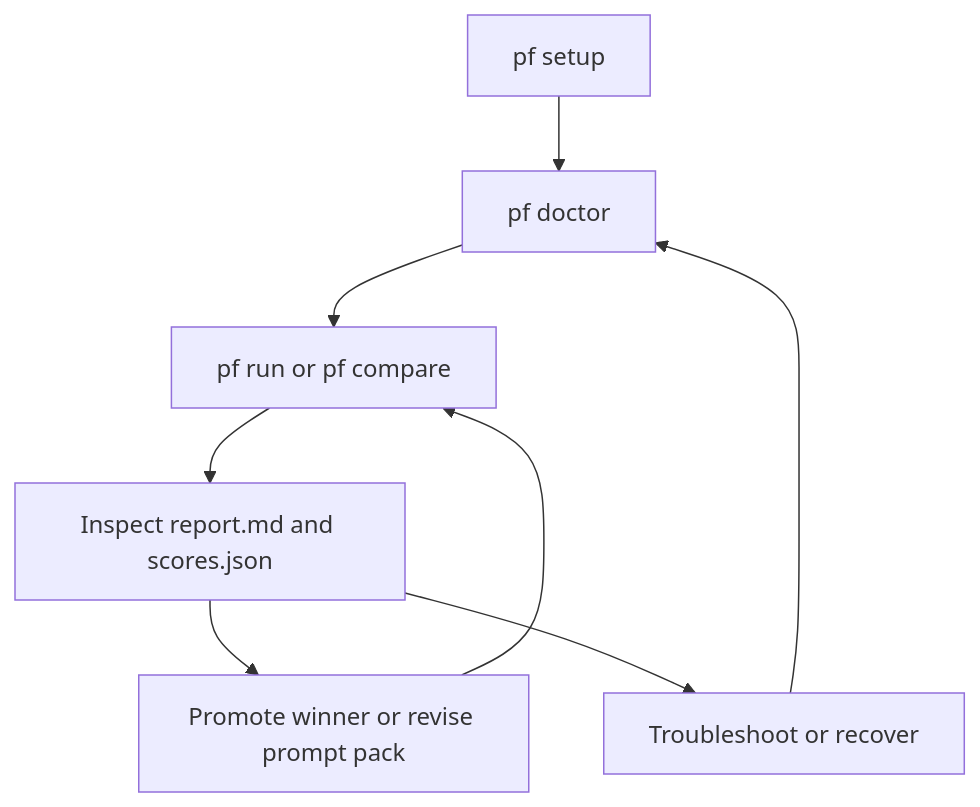
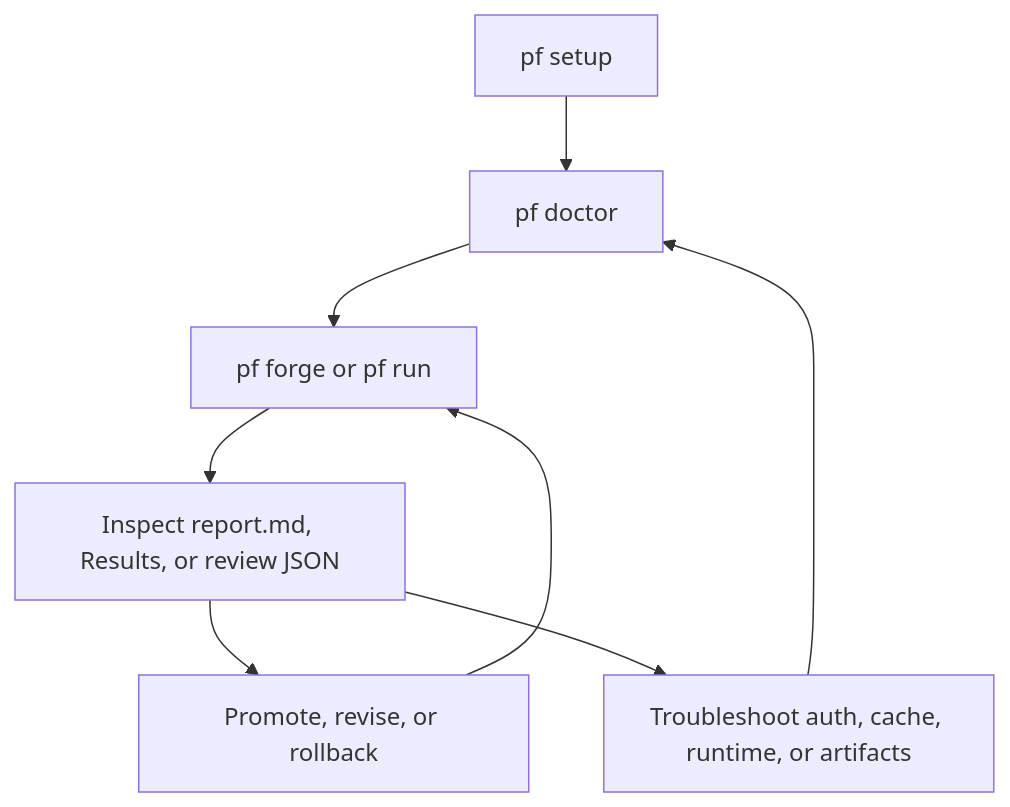
One commit to MikesHorcrux/PromptForge changed the first of 2 diagrams in docs/operations.md. Above: the diagram before and after it, drawn with Mermaid. The commit also changed other lines of this file and 18 other files, not shown here.

Commit message:
Overhaul PromptForge documentation set

````diff
--- a/docs/operations.md
+++ b/docs/operations.md
@@ -103,10 +132,10 @@
 ```mermaid
 flowchart TD
   Setup["pf setup"] --> Doctor["pf doctor"]
-  Doctor --> Run["pf run or pf compare"]
-  Run --> Inspect["Inspect report.md and scores.json"]
-  Inspect --> Promote["Promote winner or revise prompt pack"]
-  Promote --> Run
-  Inspect --> Recover["Troubleshoot or recover"]
+  Doctor --> Work["pf forge or pf run"]
+  Work --> Review["Inspect report.md, Results, or review JSON"]
+  Review --> Decide["Promote, revise, or rollback"]
+  Decide --> Work
+  Review --> Recover["Troubleshoot auth, cache, runtime, or artifacts"]
   Recover --> Doctor
 ```
````
